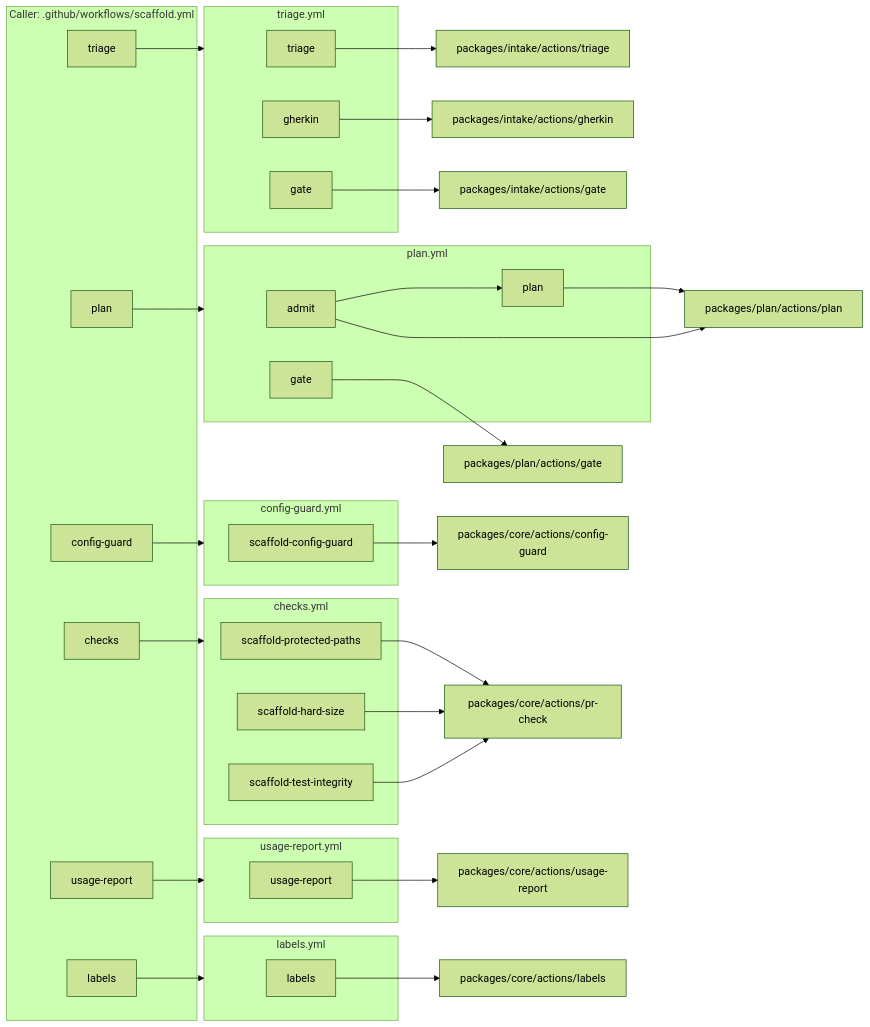
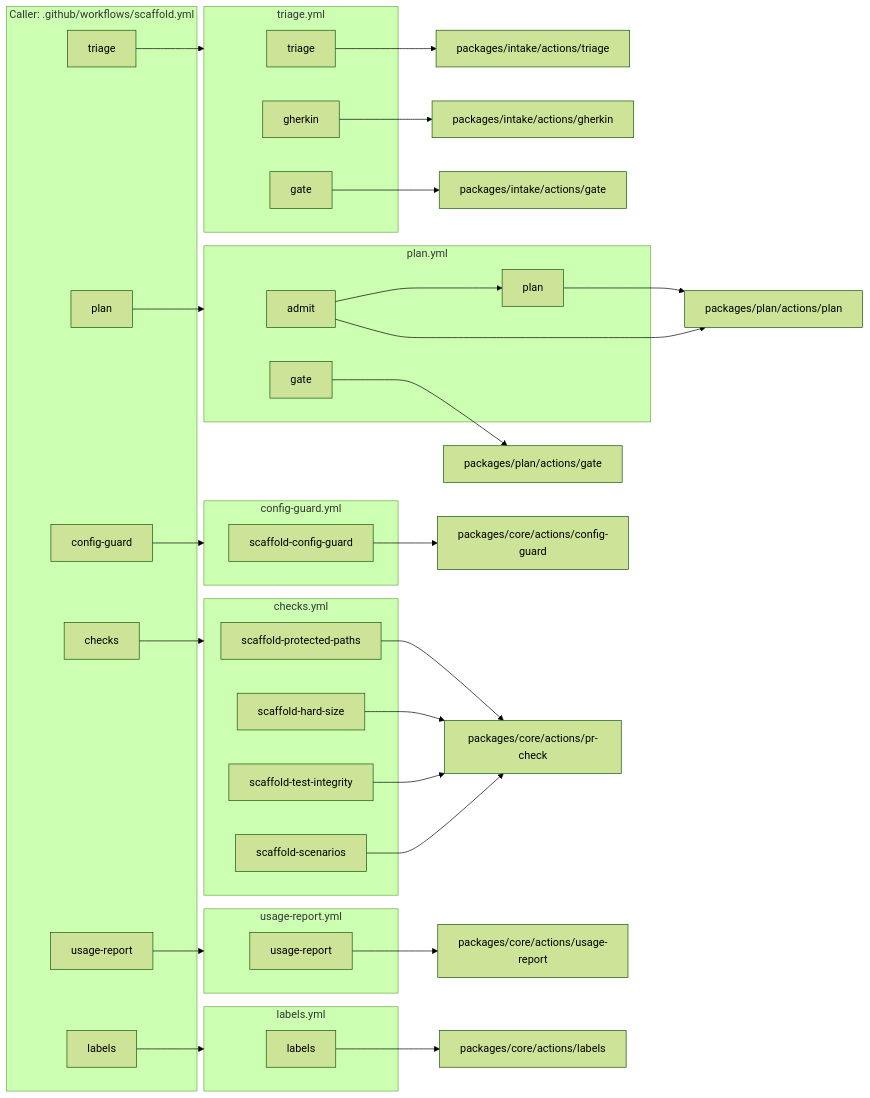
The second of 2 diagrams in docs/diagrams/architecture.md (JackWP1/scaffold), drawn with Mermaid (forest theme) before and after one commit. The commit also changed 10 other files, not shown here.

First line of the commit message:
Slice 3: scenarios baseline check with the BDD runner report

````diff
--- a/docs/diagrams/architecture.md
+++ b/docs/diagrams/architecture.md
@@ -88,54 +88,56 @@
 ```mermaid
 flowchart LR
   subgraph caller["Caller: .github/workflows/scaffold.yml"]
     c_triage["triage"]
     c_plan["plan"]
     c_config_guard["config-guard"]
     c_checks["checks"]
     c_usage_report["usage-report"]
     c_labels["labels"]
   end
   subgraph w_checks_yml["checks.yml"]
     w_checks_yml_scaffold_protected_paths["scaffold-protected-paths"]
     w_checks_yml_scaffold_hard_size["scaffold-hard-size"]
     w_checks_yml_scaffold_test_integrity["scaffold-test-integrity"]
+    w_checks_yml_scaffold_scenarios["scaffold-scenarios"]
   end
   subgraph w_config_guard_yml["config-guard.yml"]
     w_config_guard_yml_scaffold_config_guard["scaffold-config-guard"]
   end
   subgraph w_labels_yml["labels.yml"]
     w_labels_yml_labels["labels"]
   end
   subgraph w_plan_yml["plan.yml"]
     w_plan_yml_admit["admit"]
     w_plan_yml_plan["plan"]
     w_plan_yml_admit --> w_plan_yml_plan
     w_plan_yml_gate["gate"]
   end
   subgraph w_triage_yml["triage.yml"]
     w_triage_yml_triage["triage"]
     w_triage_yml_gherkin["gherkin"]
     w_triage_yml_gate["gate"]
   end
   subgraph w_usage_report_yml["usage-report.yml"]
     w_usage_report_yml_usage_report["usage-report"]
   end
   c_triage --> w_triage_yml
   c_plan --> w_plan_yml
   c_config_guard --> w_config_guard_yml
   c_checks --> w_checks_yml
   c_usage_report --> w_usage_report_yml
   c_labels --> w_labels_yml
   w_checks_yml_scaffold_protected_paths --> a_packages_core_actions_pr_check["packages/core/actions/pr-check"]
   w_checks_yml_scaffold_hard_size --> a_packages_core_actions_pr_check["packages/core/actions/pr-check"]
   w_checks_yml_scaffold_test_integrity --> a_packages_core_actions_pr_check["packages/core/actions/pr-check"]
+  w_checks_yml_scaffold_scenarios --> a_packages_core_actions_pr_check["packages/core/actions/pr-check"]
   w_config_guard_yml_scaffold_config_guard --> a_packages_core_actions_config_guard["packages/core/actions/config-guard"]
   w_labels_yml_labels --> a_packages_core_actions_labels["packages/core/actions/labels"]
   w_plan_yml_admit --> a_packages_plan_actions_plan["packages/plan/actions/plan"]
   w_plan_yml_plan --> a_packages_plan_actions_plan["packages/plan/actions/plan"]
   w_plan_yml_gate --> a_packages_plan_actions_gate["packages/plan/actions/gate"]
   w_triage_yml_triage --> a_packages_intake_actions_triage["packages/intake/actions/triage"]
   w_triage_yml_gherkin --> a_packages_intake_actions_gherkin["packages/intake/actions/gherkin"]
   w_triage_yml_gate --> a_packages_intake_actions_gate["packages/intake/actions/gate"]
   w_usage_report_yml_usage_report --> a_packages_core_actions_usage_report["packages/core/actions/usage-report"]
 ```
````
